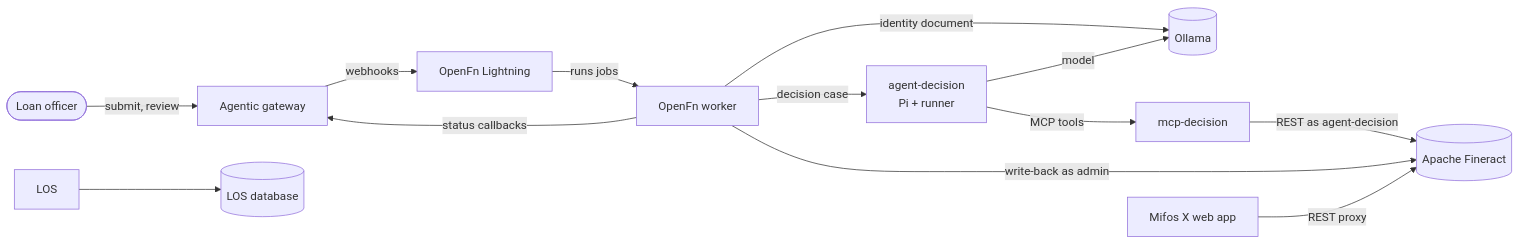
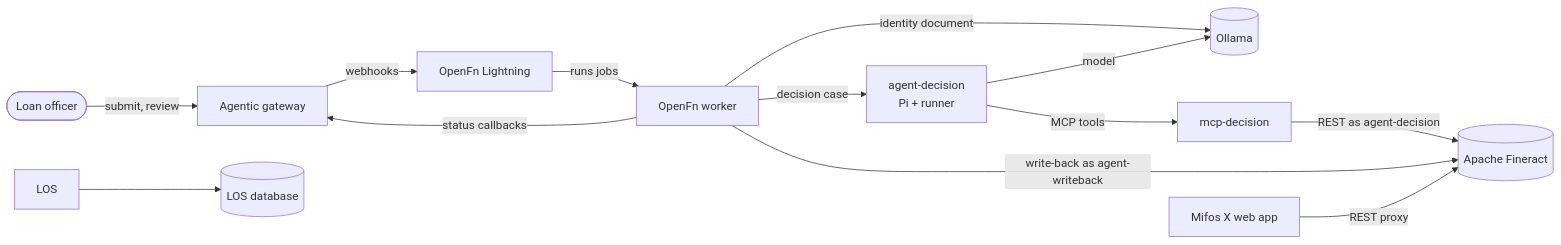
Before and after one commit to openMF/mcp-mifosx: the first of 2 diagrams in agentic-mifos-sandbox/README.md, drawn with Mermaid. The commit also changed other lines of this file and 4 other files, not shown here.

First line of the commit message:
feat(sandbox): sign the Fineract write-back in as agent-writeback, not the admin

````diff
--- a/agentic-mifos-sandbox/README.md
+++ b/agentic-mifos-sandbox/README.md
@@ -61,15 +61,15 @@
 ```mermaid
 flowchart LR
   officer([Loan officer]) -->|submit, review| gateway[Agentic gateway]
   gateway -->|webhooks| lightning[OpenFn Lightning]
   lightning -->|runs jobs| worker[OpenFn worker]
   worker -->|status callbacks| gateway
   worker -->|identity document| ollama[(Ollama)]
   worker -->|decision case| agent[agent-decision<br/>Pi + runner]
   agent -->|MCP tools| mcp[mcp-decision]
   agent -->|model| ollama
   mcp -->|REST as agent-decision| fineract[(Apache Fineract)]
-  worker -->|write-back as admin| fineract
+  worker -->|write-back as agent-writeback| fineract
   webapp[Mifos X web app] -->|REST proxy| fineract
   los[LOS] --> losdb[(LOS database)]
 ```
````
